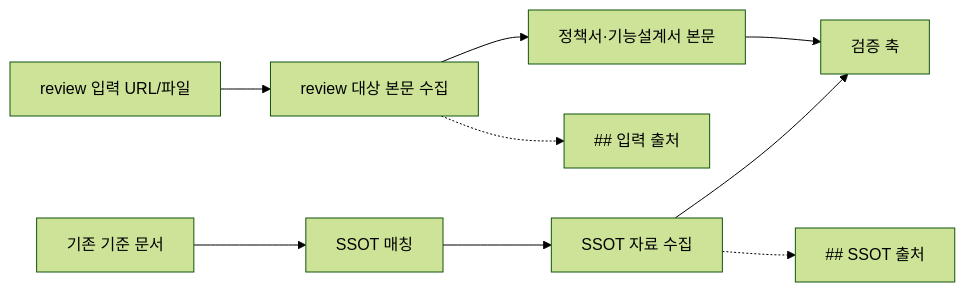
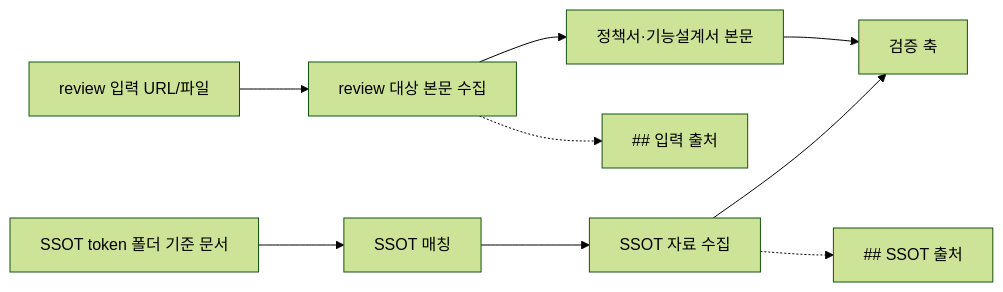
Before and after one commit to inkwonjung-colosseum/plugins: the fifth of 7 diagrams in planning-kit/docs/planning-kit-workflow-guide.md, drawn with Mermaid (forest theme). The commit also changed other lines of this file and 24 other files, not shown here.

````diff
--- a/planning-kit/docs/planning-kit-workflow-guide.md
+++ b/planning-kit/docs/planning-kit-workflow-guide.md
@@ -204,13 +204,13 @@
 ```mermaid
 flowchart LR
   A["review 입력 URL/파일"] --> B["review 대상 본문 수집"]
   B --> C["정책서·기능설계서 본문"]
   C --> D["검증 축"]
 
-  E["기존 기준 문서"] --> F["SSOT 매칭"]
+  E["SSOT token 폴더 기준 문서"] --> F["SSOT 매칭"]
   F --> G["SSOT 자료 수집"]
   G --> D
 
   B -.-> H["## 입력 출처"]
   G -.-> I["## SSOT 출처"]
 ```
````
